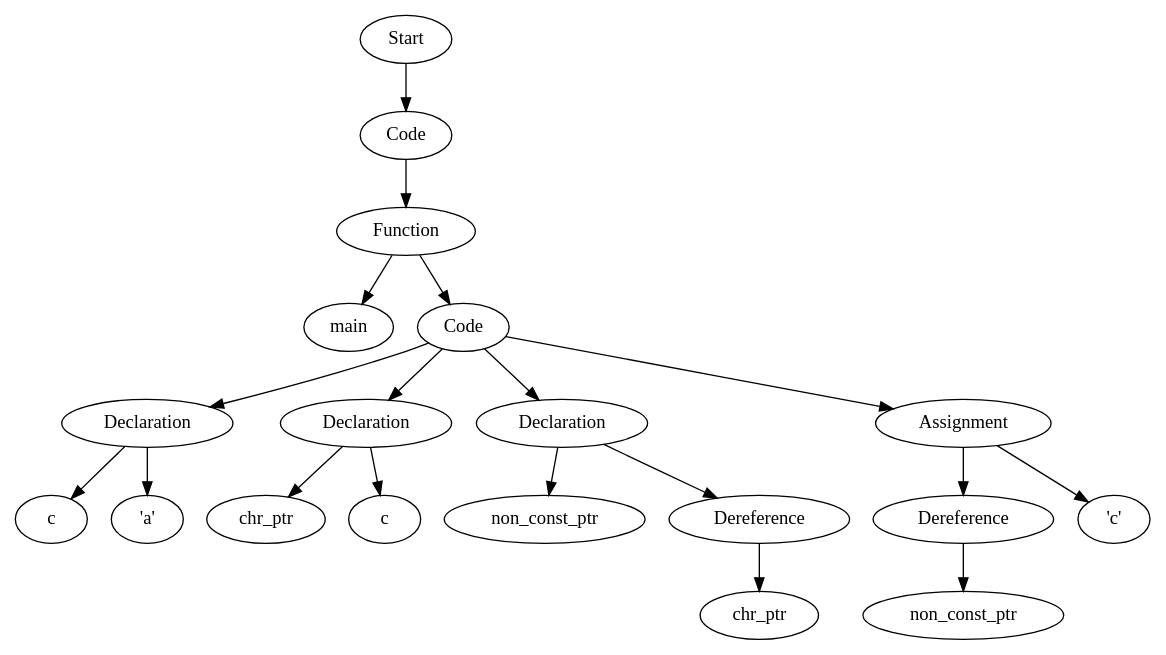
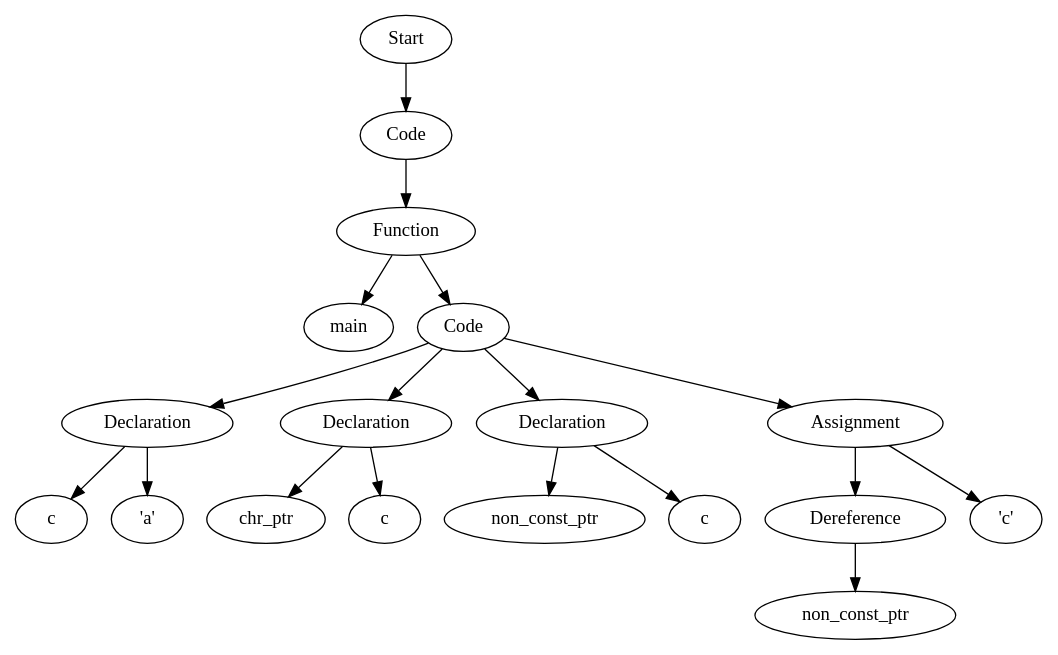
The diagram in testfiles/basic_tests_123/proj2_opt_pass_constPointerToNonConstPointer1ASTVisual.dot (Are-you-listening/Compilers), drawn with Graphviz before and after one commit. The commit also changed 41 other files, not shown here.

```diff
--- a/testfiles/basic_tests_123/proj2_opt_pass_constPointerToNonConstPointer1ASTVisual.dot
+++ b/testfiles/basic_tests_123/proj2_opt_pass_constPointerToNonConstPointer1ASTVisual.dot
@@ -1,39 +1,37 @@
 digraph AST {
-  "134272668009616" [label="Start"];
-  "134272668009616" -> "134272668017776";
-  "134272668017776" [label="Code"];
-  "134272668017776" -> "134272668012928";
-  "134272668012928" [label="Function"];
-  "134272668012928" -> "134272668536880";
-  "134272668012928" -> "134272668536736";
-  "134272668536880" [label="main"];
-  "134272668536736" [label="Code"];
-  "134272668536736" -> "134272668536064";
-  "134272668536736" -> "134272668016912";
-  "134272668536736" -> "134272668016240";
-  "134272668536736" -> "134272668014944";
-  "134272668536064" [label="Declaration"];
-  "134272668536064" -> "134272668013984";
-  "134272668536064" -> "134272668014560";
-  "134272668013984" [label="c"];
-  "134272668014560" [label="'a'"];
-  "134272668016912" [label="Declaration"];
-  "134272668016912" -> "134272668010912";
-  "134272668016912" -> "134272668014704";
-  "134272668010912" [label="chr_ptr"];
-  "134272668014704" [label="c"];
-  "134272668016240" [label="Declaration"];
-  "134272668016240" -> "134272668020560";
-  "134272668016240" -> "134272668011344";
-  "134272668020560" [label="non_const_ptr"];
-  "134272668011344" [label="Dereference"];
-  "134272668011344" -> "134272668010768";
-  "134272668010768" [label="chr_ptr"];
-  "134272668014944" [label="Assignment"];
-  "134272668014944" -> "134272668019024";
-  "134272668014944" -> "134272668017152";
-  "134272668019024" [label="Dereference"];
-  "134272668019024" -> "134272668016336";
-  "134272668016336" [label="non_const_ptr"];
-  "134272668017152" [label="'c'"];
+  "140278671318928" [label="Start"];
+  "140278671318928" -> "140278671313072";
+  "140278671313072" [label="Code"];
+  "140278671313072" -> "140278671319264";
+  "140278671319264" [label="Function"];
+  "140278671319264" -> "140278670922880";
+  "140278671319264" -> "140278670929408";
+  "140278670922880" [label="main"];
+  "140278670929408" [label="Code"];
+  "140278670929408" -> "140278670931904";
+  "140278670929408" -> "140278670930224";
+  "140278670929408" -> "140278671314464";
+  "140278670929408" -> "140278671316480";
+  "140278670931904" [label="Declaration"];
+  "140278670931904" -> "140278670930944";
+  "140278670931904" -> "140278670921968";
+  "140278670930944" [label="c"];
+  "140278670921968" [label="'a'"];
+  "140278670930224" [label="Declaration"];
+  "140278670930224" -> "140278670929120";
+  "140278670930224" -> "140278670923936";
+  "140278670929120" [label="chr_ptr"];
+  "140278670923936" [label="c"];
+  "140278671314464" [label="Declaration"];
+  "140278671314464" -> "140278671313792";
+  "140278671314464" -> "140278671313600";
+  "140278671313792" [label="non_const_ptr"];
+  "140278671313600" [label="c"];
+  "140278671316480" [label="Assignment"];
+  "140278671316480" -> "140278671318688";
+  "140278671316480" -> "140278671314704";
+  "140278671318688" [label="Dereference"];
+  "140278671318688" -> "140278671319648";
+  "140278671319648" [label="non_const_ptr"];
+  "140278671314704" [label="'c'"];
 }
```
